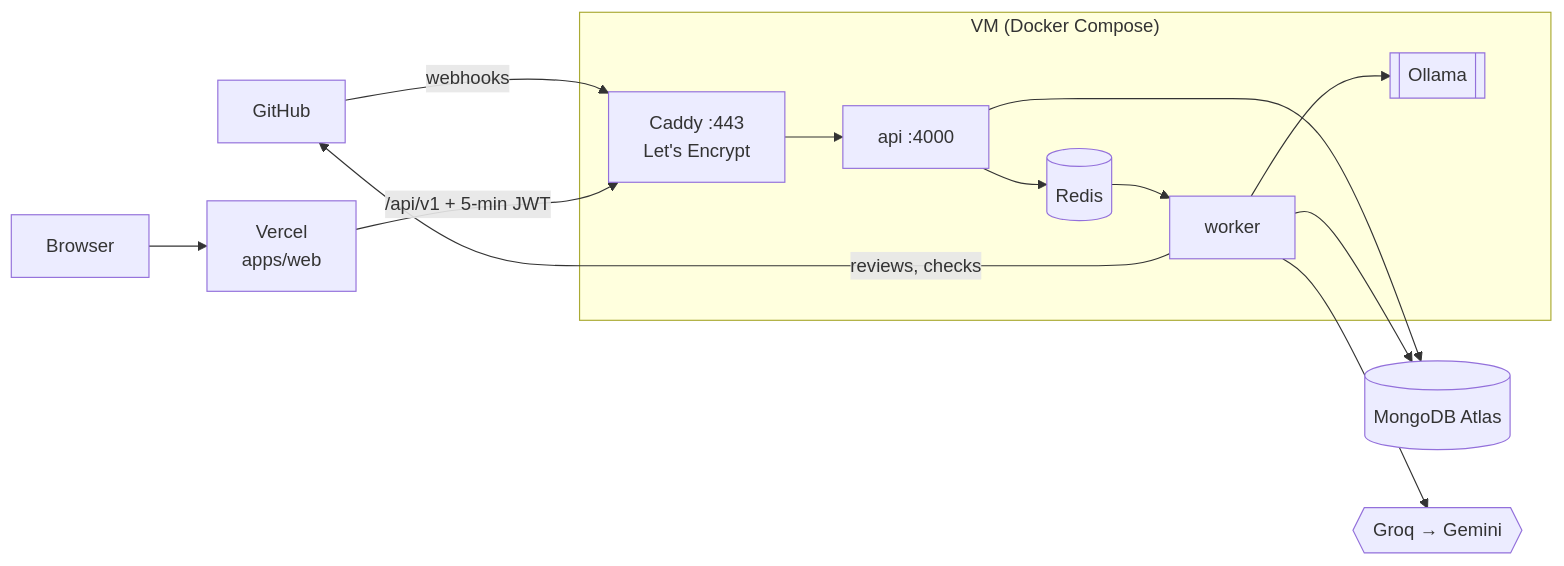
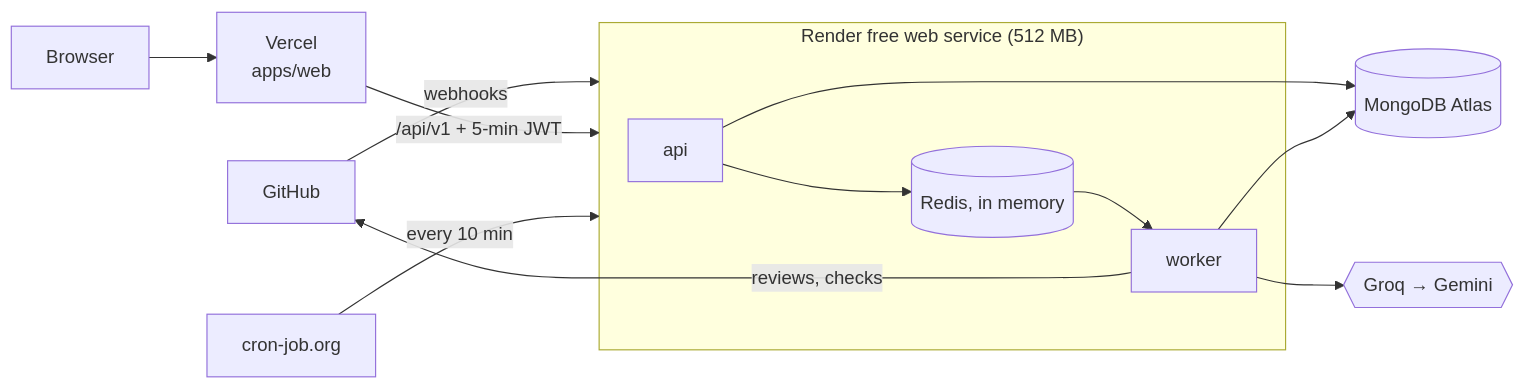
Before and after one commit to Ambudlahiri144/MergeMind: the diagram in Deploy.md, drawn with Mermaid. The commit also changed other lines of this file and 30 other files, not shown here.

````diff
--- a/Deploy.md
+++ b/Deploy.md
@@ -9,16 +10,15 @@
 ```mermaid
 flowchart LR
-    GH[GitHub] -- "webhooks" --> CADDY
+    GH[GitHub] -- "webhooks" --> RS
     U[Browser] --> WEB["Vercel<br/>apps/web"]
-    WEB -- "/api/v1 + 5-min JWT" --> CADDY
-    subgraph VM["VM (Docker Compose)"]
-      CADDY["Caddy :443<br/>Let's Encrypt"] --> API[api :4000]
-      API --> R[(Redis)]
+    WEB -- "/api/v1 + 5-min JWT" --> RS
+    CRON[cron-job.org] -- "every 10 min" --> RS
+    subgraph RS["Render free web service (512 MB)"]
+      API[api] --> R[(Redis, in memory)]
       R --> WK[worker]
-      WK --> OL[[Ollama]]
     end
     API --> DB[(MongoDB Atlas)]
     WK --> DB
     WK -- "reviews, checks" --> GH
     WK --> LLM{{"Groq → Gemini"}}
 ```
````
